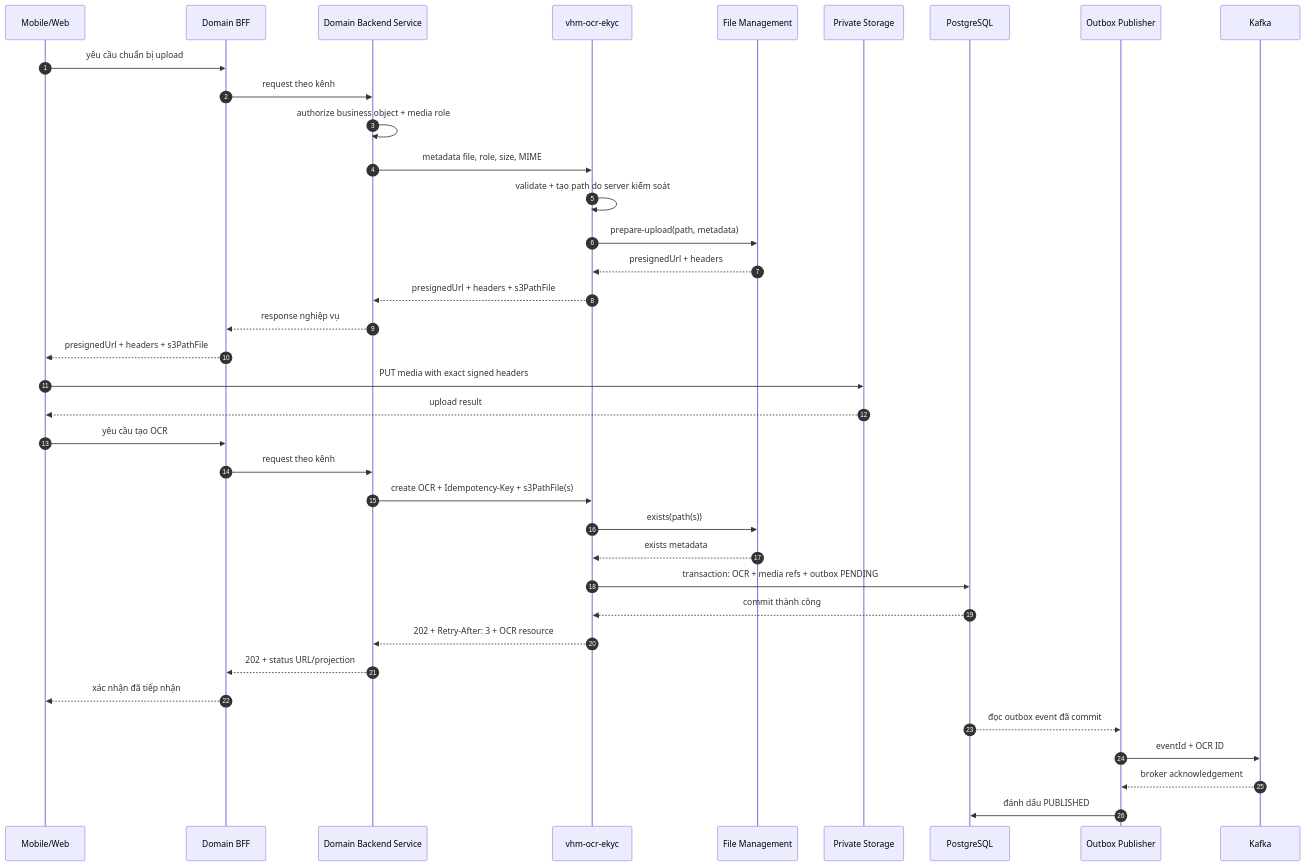
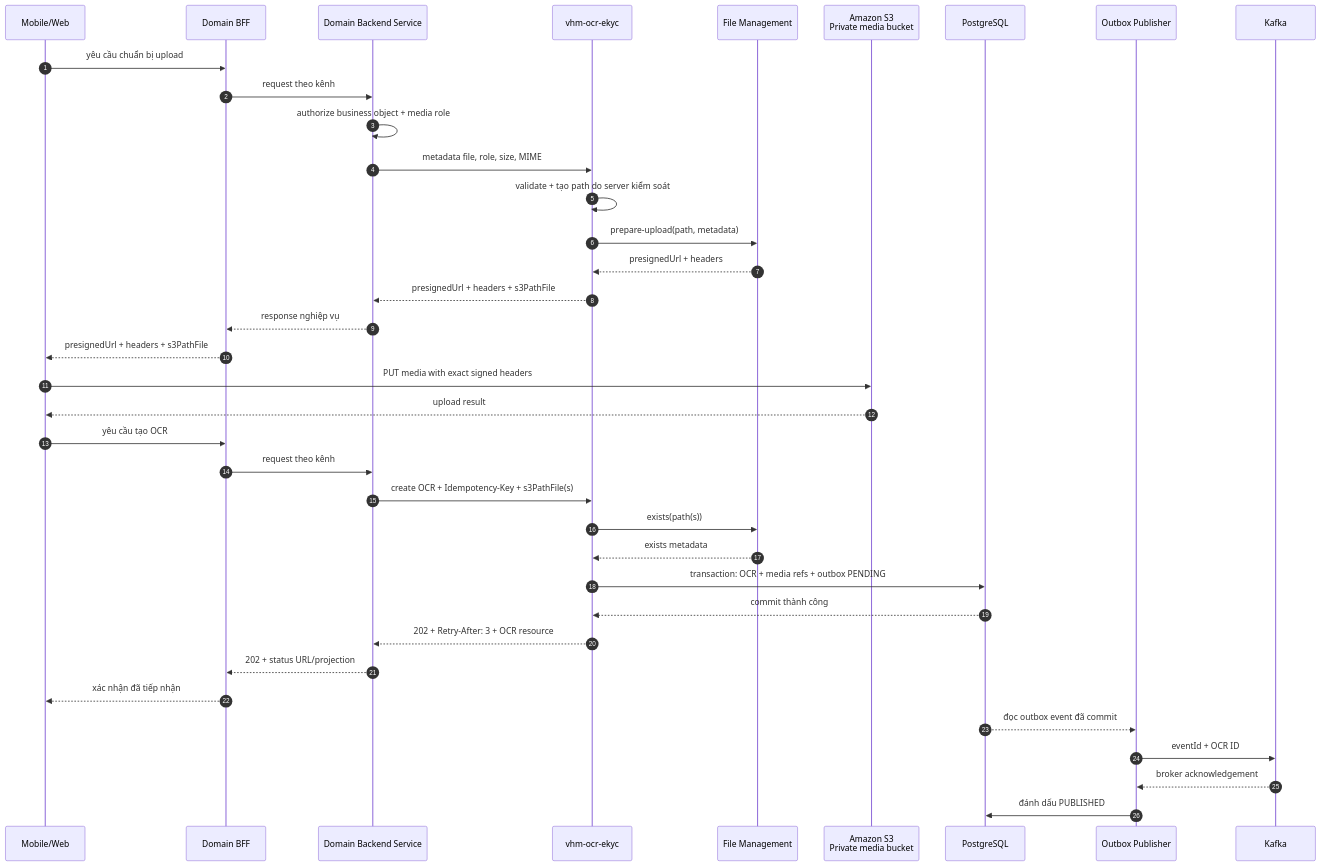
Before and after one commit to huynv-xyz/vhm: the eighth of 12 diagrams in tdd-ocr-ekyc.md, drawn with Mermaid. The commit also changed other lines of this file, not shown here.

````diff
--- a/tdd-ocr-ekyc.md
+++ b/tdd-ocr-ekyc.md
@@ -963,40 +1062,40 @@
 ```mermaid
 sequenceDiagram
     autonumber
     participant C as Mobile/Web
     participant B as Domain BFF
     participant N as Domain Backend Service
     participant A as vhm-ocr-ekyc
     participant F as File Management
-    participant S as Private Storage
+    participant S as Amazon S3<br/>Private media bucket
     participant D as PostgreSQL
     participant O as Outbox Publisher
     participant K as Kafka
 
     C->>B: yêu cầu chuẩn bị upload
     B->>N: request theo kênh
     N->>N: authorize business object + media role
     N->>A: metadata file, role, size, MIME
     A->>A: validate + tạo path do server kiểm soát
     A->>F: prepare-upload(path, metadata)
     F-->>A: presignedUrl + headers
     A-->>N: presignedUrl + headers + s3PathFile
     N-->>B: response nghiệp vụ
     B-->>C: presignedUrl + headers + s3PathFile
     C->>S: PUT media with exact signed headers
     S-->>C: upload result
     C->>B: yêu cầu tạo OCR
     B->>N: request theo kênh
     N->>A: create OCR + Idempotency-Key + s3PathFile(s)
     A->>F: exists(path(s))
     F-->>A: exists metadata
     A->>D: transaction: OCR + media refs + outbox PENDING
     D-->>A: commit thành công
     A-->>N: 202 + Retry-After: 3 + OCR resource
     N-->>B: 202 + status URL/projection
     B-->>C: xác nhận đã tiếp nhận
     D-->>O: đọc outbox event đã commit
     O->>K: eventId + OCR ID
     K-->>O: broker acknowledgement
     O->>D: đánh dấu PUBLISHED
 ```
````
